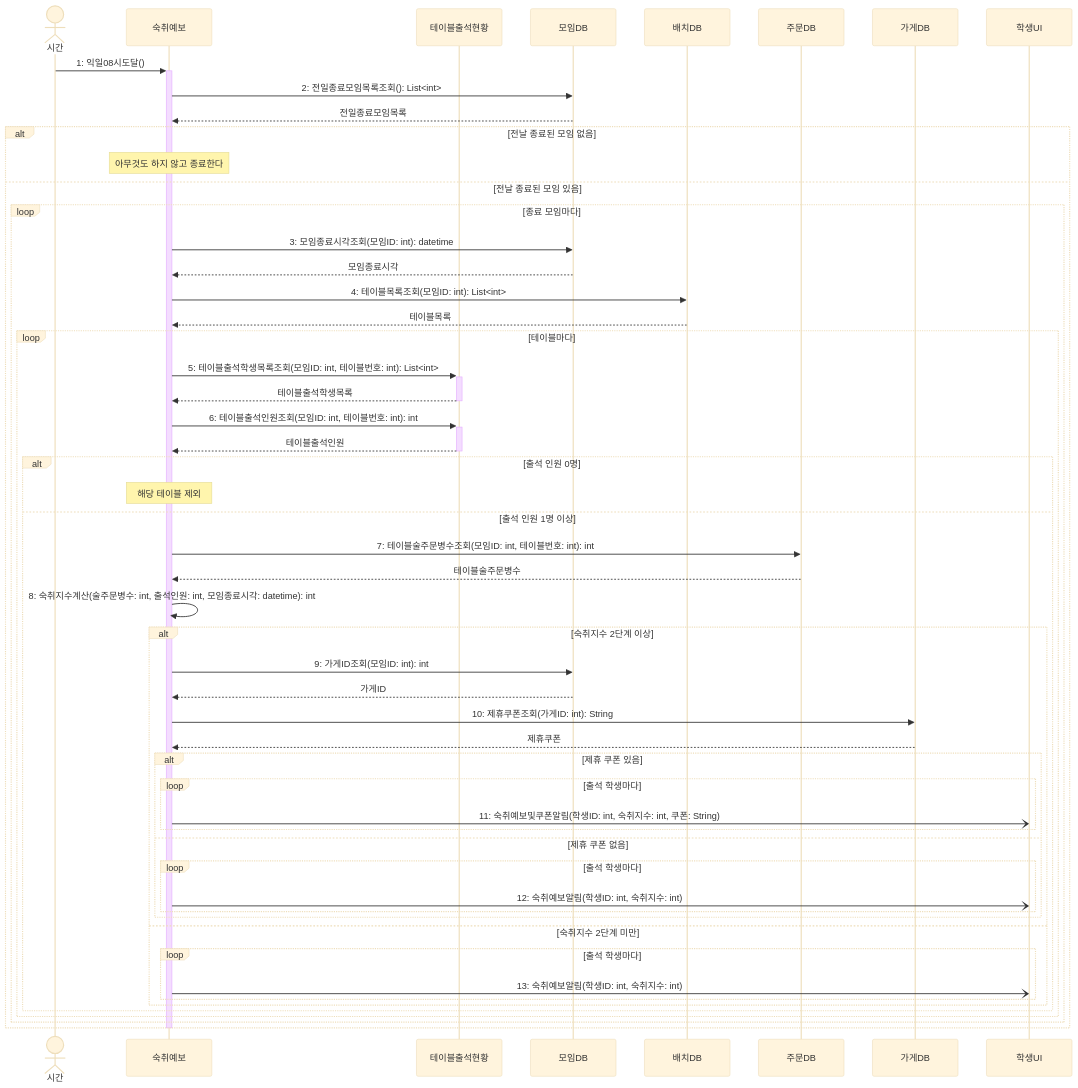
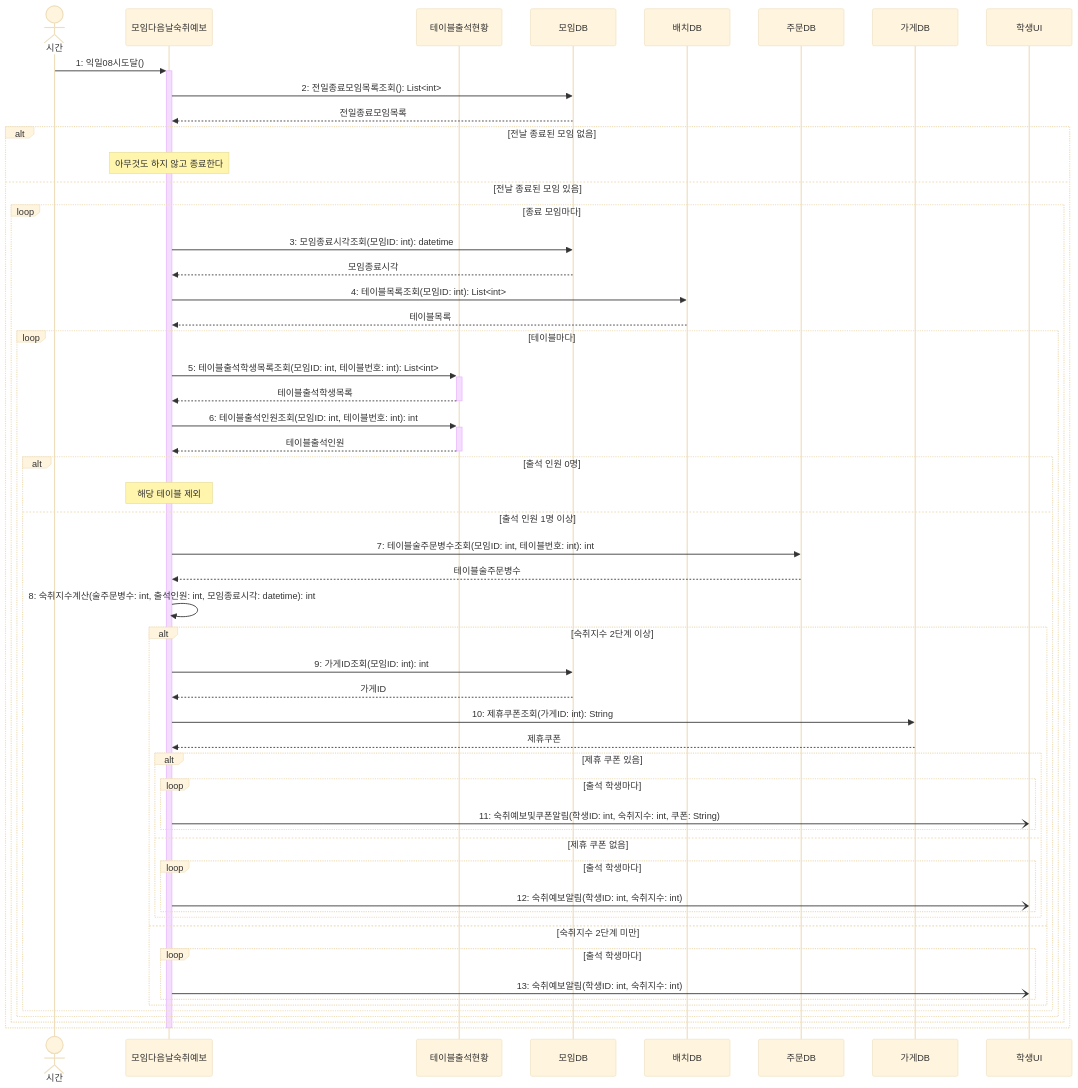
One commit to hojae3/sw-engineering-16 changed the diagram in sequence/seq-19.md. Above: the diagram before and after it, drawn with Mermaid (base theme). The commit also changed other lines of this file and 42 other files, not shown here.

````diff
--- a/sequence/seq-19.md
+++ b/sequence/seq-19.md
@@ -26,59 +26,59 @@
 ```mermaid
 sequenceDiagram
     actor 시간
-    participant 예보 as 숙취예보
+    participant 예보 as 모임다음날숙취예보
     participant 현황 as 테이블출석현황
     participant 모임DB as 모임DB
     participant 배치DB as 배치DB
     participant 주문DB as 주문DB
     participant 가게DB as 가게DB
     participant 학생UI as 학생UI
 
     시간->>+예보: 1: 익일08시도달()
     예보->>모임DB: 2: 전일종료모임목록조회(): List<int>
     모임DB-->>예보: 전일종료모임목록
 
     alt 전날 종료된 모임 없음
         Note over 예보: 아무것도 하지 않고 종료한다
     else 전날 종료된 모임 있음
         loop 종료 모임마다
             예보->>모임DB: 3: 모임종료시각조회(모임ID: int): datetime
             모임DB-->>예보: 모임종료시각
             예보->>배치DB: 4: 테이블목록조회(모임ID: int): List<int>
             배치DB-->>예보: 테이블목록
             loop 테이블마다
                 예보->>+현황: 5: 테이블출석학생목록조회(모임ID: int, 테이블번호: int): List<int>
                 현황-->>-예보: 테이블출석학생목록
                 예보->>+현황: 6: 테이블출석인원조회(모임ID: int, 테이블번호: int): int
                 현황-->>-예보: 테이블출석인원
                 alt 출석 인원 0명
                     Note over 예보: 해당 테이블 제외
                 else 출석 인원 1명 이상
                     예보->>주문DB: 7: 테이블술주문병수조회(모임ID: int, 테이블번호: int): int
                     주문DB-->>예보: 테이블술주문병수
                     예보->>예보: 8: 숙취지수계산(술주문병수: int, 출석인원: int, 모임종료시각: datetime): int
                     alt 숙취지수 2단계 이상
                         예보->>모임DB: 9: 가게ID조회(모임ID: int): int
                         모임DB-->>예보: 가게ID
                         예보->>가게DB: 10: 제휴쿠폰조회(가게ID: int): String
                         가게DB-->>예보: 제휴쿠폰
                         alt 제휴 쿠폰 있음
                             loop 출석 학생마다
                                 예보-)학생UI: 11: 숙취예보및쿠폰알림(학생ID: int, 숙취지수: int, 쿠폰: String)
                             end
                         else 제휴 쿠폰 없음
                             loop 출석 학생마다
                                 예보-)학생UI: 12: 숙취예보알림(학생ID: int, 숙취지수: int)
                             end
                         end
                     else 숙취지수 2단계 미만
                         loop 출석 학생마다
                             예보-)학생UI: 13: 숙취예보알림(학생ID: int, 숙취지수: int)
                         end
                     end
                 end
             end
         end
     end
     deactivate 예보
 ```
````
